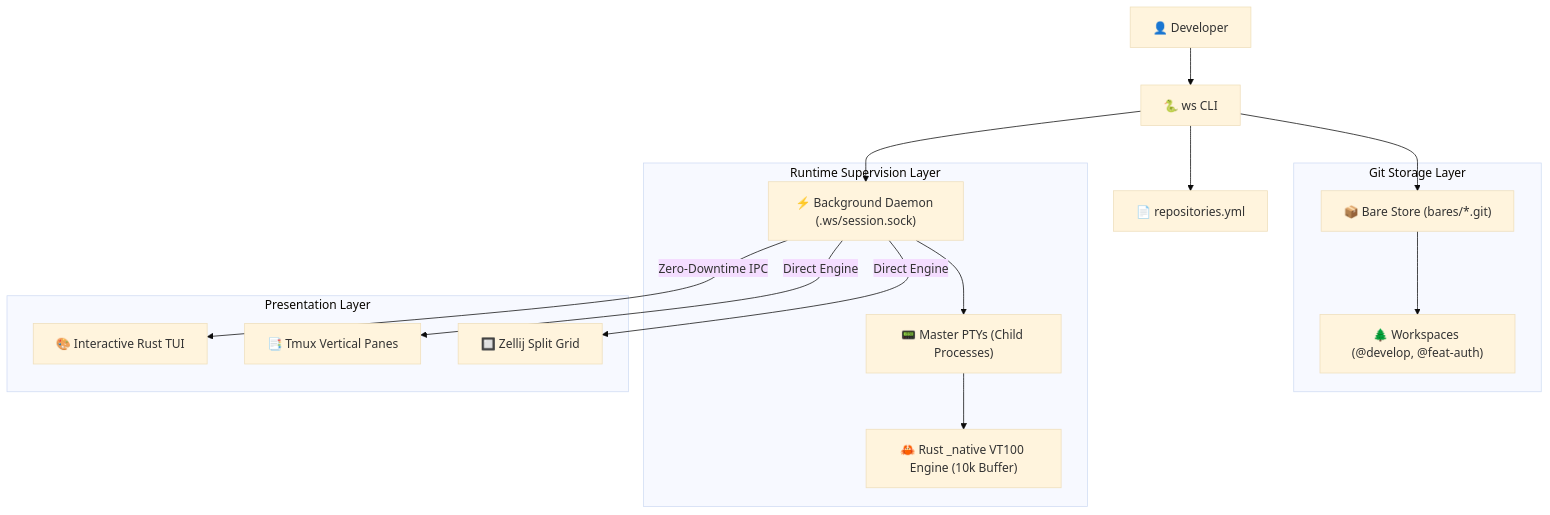
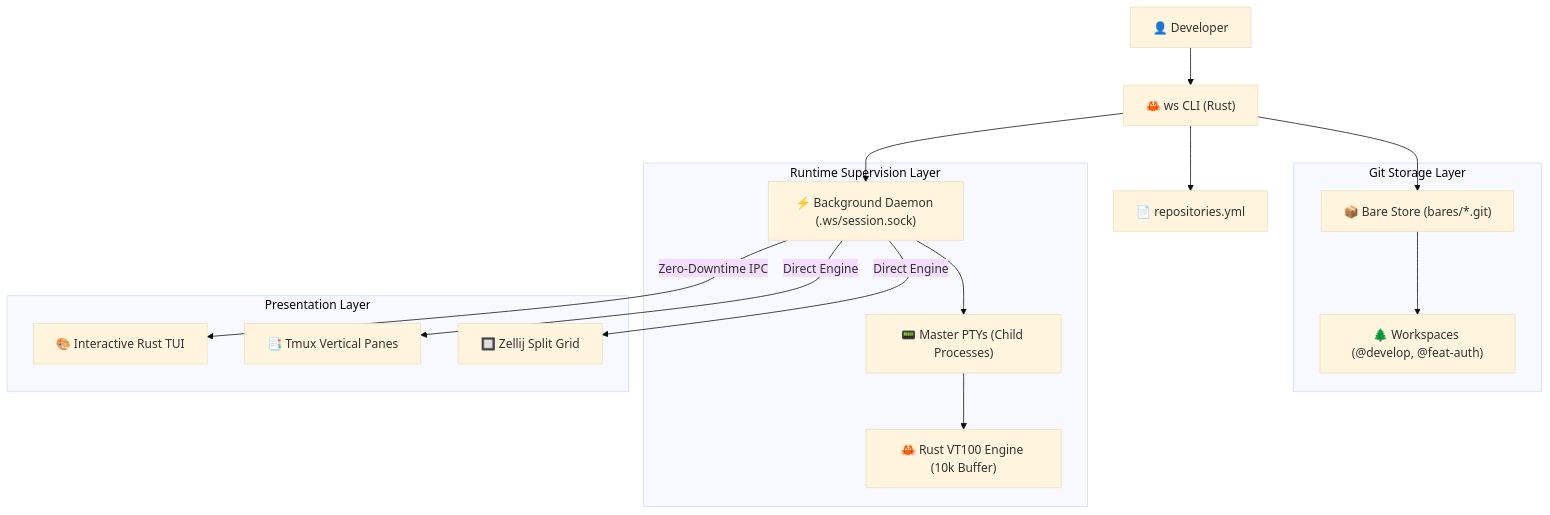
One commit to franckKyete/ws-manager changed the diagram in README.md. Above: the diagram before and after it, drawn with Mermaid (base theme). The commit also changed other lines of this file and 100 other files, not shown here.

````diff
--- a/README.md
+++ b/README.md
@@ -30,28 +30,28 @@
 ```mermaid
 graph TD
-    User["👤 Developer"] --> CLI["🐍 ws CLI"]
+    User["👤 Developer"] --> CLI["🦀 ws CLI (Rust)"]
     CLI --> Config["📄 repositories.yml"]
     
     subgraph "Git Storage Layer"
         BareStore["📦 Bare Store (bares/*.git)"]
         Worktrees["🌲 Workspaces (@develop, @feat-auth)"]
     end
 
     subgraph "Runtime Supervision Layer"
         Daemon["⚡ Background Daemon (.ws/session.sock)"]
         PTY["📟 Master PTYs (Child Processes)"]
-        RustEngine["🦀 Rust _native VT100 Engine (10k Buffer)"]
+        RustEngine["🦀 Rust VT100 Engine (10k Buffer)"]
     end
 
     subgraph "Presentation Layer"
         TUI["🎨 Interactive Rust TUI"]
         Tmux["📑 Tmux Vertical Panes"]
         Zellij["🔲 Zellij Split Grid"]
     end
 
     CLI --> BareStore --> Worktrees
     CLI --> Daemon --> PTY --> RustEngine
     Daemon -->|Zero-Downtime IPC| TUI
     Daemon -->|Direct Engine| Tmux
     Daemon -->|Direct Engine| Zellij
 ```
````
